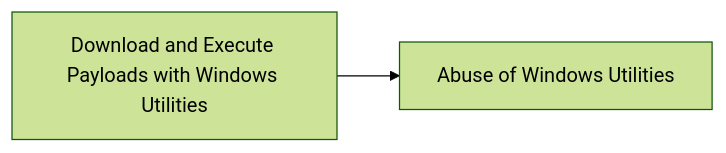
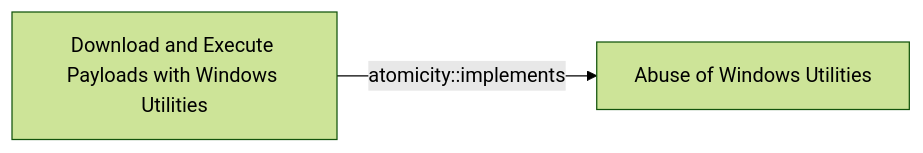
The diagram in docs/threats/download-and-execute-payloads-with-windows-utilities.md (opentidehq/library), drawn with Mermaid (forest theme) before and after one commit. The commit also changed other lines of this file and 277 other files, not shown here.

````diff
--- a/docs/threats/download-and-execute-payloads-with-windows-utilities.md
+++ b/docs/threats/download-and-execute-payloads-with-windows-utilities.md
@@ -54,6 +90,6 @@
 ```mermaid
 flowchart LR
 765be5d9_4f79_4e3d_b894_fa428f285ab5["Download and Execute Payloads with Windows Utilities"]
 d5039f2c_9fcc_4ba3_ad6a_da8c891ba745["Abuse of Windows Utilities"]
-765be5d9_4f79_4e3d_b894_fa428f285ab5 --> d5039f2c_9fcc_4ba3_ad6a_da8c891ba745
+765be5d9_4f79_4e3d_b894_fa428f285ab5 -->|atomicity::implements| d5039f2c_9fcc_4ba3_ad6a_da8c891ba745
 ```
````
